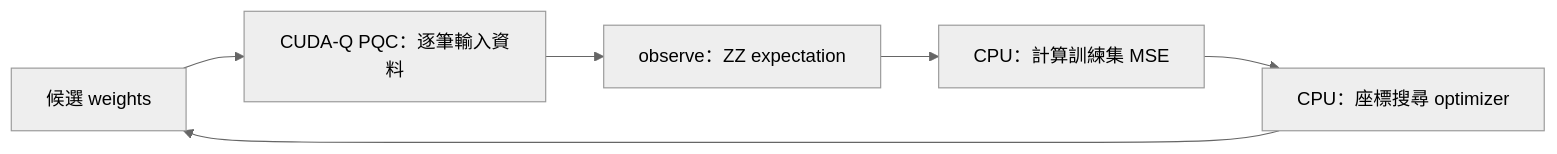
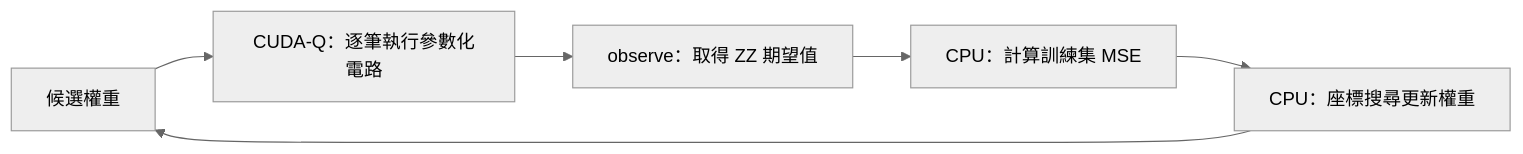
The diagram in articles/day10/README.md (kancheng/qml-engineering-30-days), drawn with Mermaid (neutral theme) before and after one commit. The commit also changed other lines of this file and 4 other files, not shown here.

````diff
--- a/articles/day10/README.md
+++ b/articles/day10/README.md
@@ -23,8 +17,8 @@
 ```mermaid
 flowchart LR
-    W[候選 weights] --> Q[CUDA-Q PQC：逐筆輸入資料]
-    Q --> P[observe：ZZ expectation]
+    W[候選權重] --> Q[CUDA-Q：逐筆執行參數化電路]
+    Q --> P[observe：取得 ZZ 期望值]
     P --> L[CPU：計算訓練集 MSE]
-    L --> O[CPU：座標搜尋 optimizer]
+    L --> O[CPU：座標搜尋更新權重]
     O --> W
 ```
````
